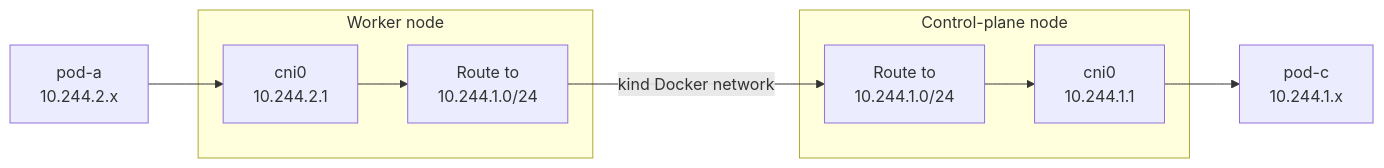
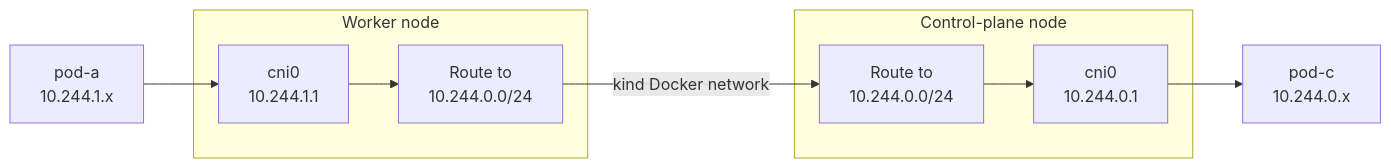
The fourth of 4 diagrams in _posts/2026-05-10-create-a-cni-plugin-from-scratch.md (SRodi/srodi.github.io), drawn with Mermaid before and after one commit. The commit also changed other lines of this file, not shown here.

Commit message:
fix PodCIDRs

````diff
--- a/_posts/2026-05-10-create-a-cni-plugin-from-scratch.md
+++ b/_posts/2026-05-10-create-a-cni-plugin-from-scratch.md
@@ -952,12 +954,12 @@
 ```mermaid
 flowchart LR
-    PA[pod-a<br>10.244.2.x] --> WB[cni0<br>10.244.2.1]
+    PA[pod-a<br>10.244.1.x] --> WB[cni0<br>10.244.1.1]
     subgraph W [Worker node]
-        WB --> WR[Route to<br>10.244.1.0/24]
+        WB --> WR[Route to<br>10.244.0.0/24]
     end
-    WR -->|kind Docker network| CR[Route to<br>10.244.1.0/24]
+    WR -->|kind Docker network| CR[Route to<br>10.244.0.0/24]
     subgraph C [Control-plane node]
-        CR --> CB[cni0<br>10.244.1.1]
+        CR --> CB[cni0<br>10.244.0.1]
     end
-    CB --> PC[pod-c<br>10.244.1.x]
+    CB --> PC[pod-c<br>10.244.0.x]
 ```
````
